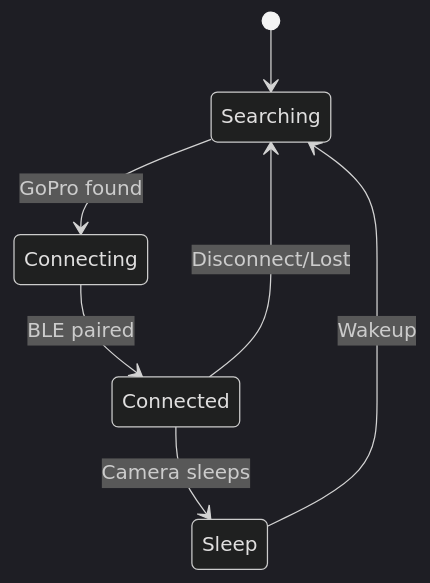
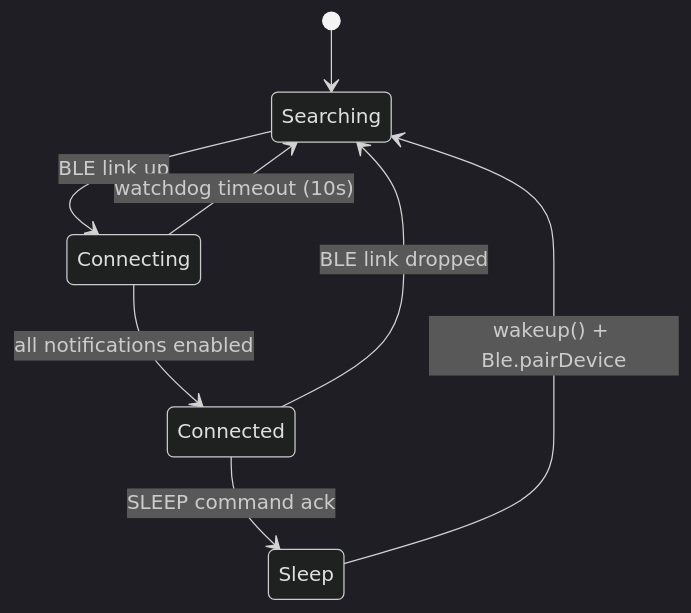
One commit to sam-dumont/GarminGoProDatafield changed the fourth of 4 diagrams in docs/diagrams.md. Above: the diagram before and after it, drawn with Mermaid (dark theme). The commit also changed other lines of this file and 4 other files, not shown here.

First line of the commit message:
docs: refresh all docs for native pairing, -l 3 strict, 55-device manifest

````diff
--- a/docs/diagrams.md
+++ b/docs/diagrams.md
@@ -40,9 +99,10 @@
 ```mermaid
 stateDiagram-v2
     [*] --> Searching
-    Searching --> Connecting: GoPro found
-    Connecting --> Connected: BLE paired
-    Connected --> Sleep: Camera sleeps
-    Sleep --> Searching: Wakeup
-    Connected --> Searching: Disconnect/Lost
+    Searching --> Connecting: BLE link up
+    Connecting --> Connected: all notifications enabled
+    Connecting --> Searching: watchdog timeout (10s)
+    Connected --> Sleep: SLEEP command ack
+    Sleep --> Searching: wakeup() + Ble.pairDevice
+    Connected --> Searching: BLE link dropped
 ```
````
